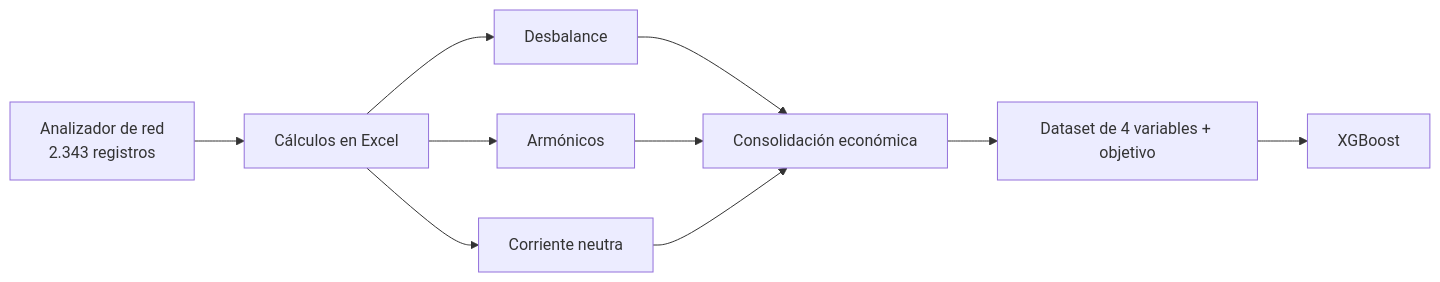
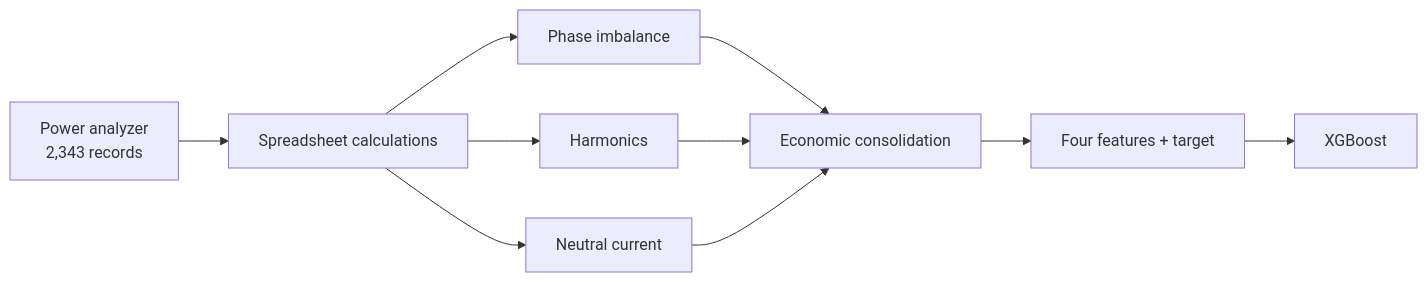
Before and after one commit to davidlagarejo/power-quality-loss-ml: the diagram in README.md, drawn with Mermaid. The commit also changed other lines of this file and 29 other files, not shown here.

````diff
--- a/README.md
+++ b/README.md
@@ -54,12 +60,12 @@
 ```mermaid
 flowchart LR
-    A["Analizador de red<br/>2.343 registros"] --> B["Cálculos en Excel"]
-    B --> C["Desbalance"]
-    B --> D["Armónicos"]
-    B --> E["Corriente neutra"]
-    C --> F["Consolidación económica"]
+    A["Power analyzer<br/>2,343 records"] --> B["Spreadsheet calculations"]
+    B --> C["Phase imbalance"]
+    B --> D["Harmonics"]
+    B --> E["Neutral current"]
+    C --> F["Economic consolidation"]
     D --> F
     E --> F
-    F --> G["Dataset de 4 variables + objetivo"]
+    F --> G["Four features + target"]
     G --> H["XGBoost"]
 ```
````
